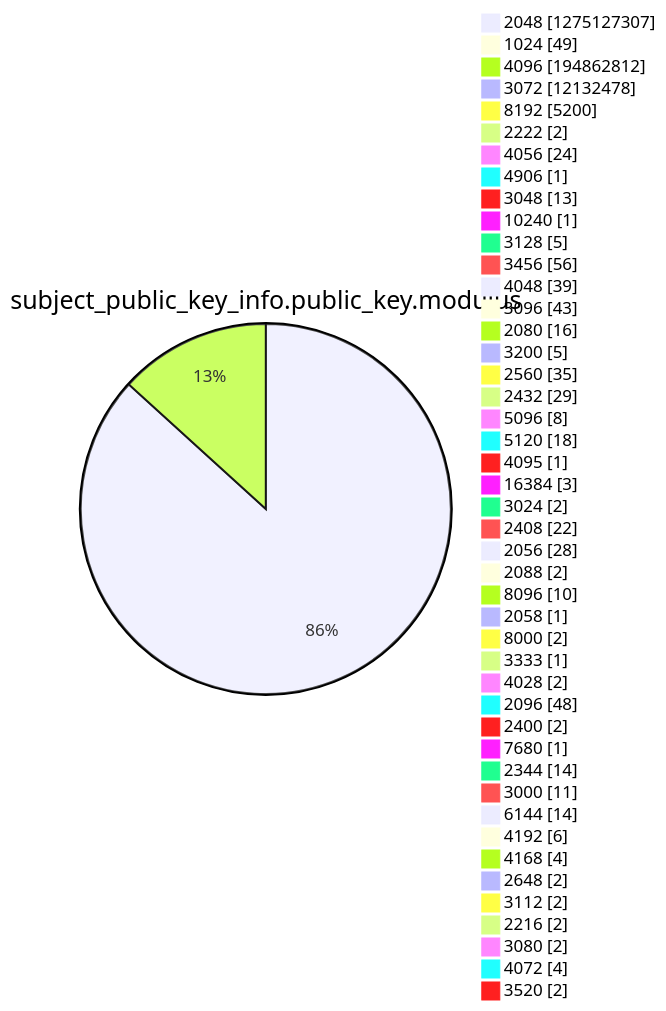
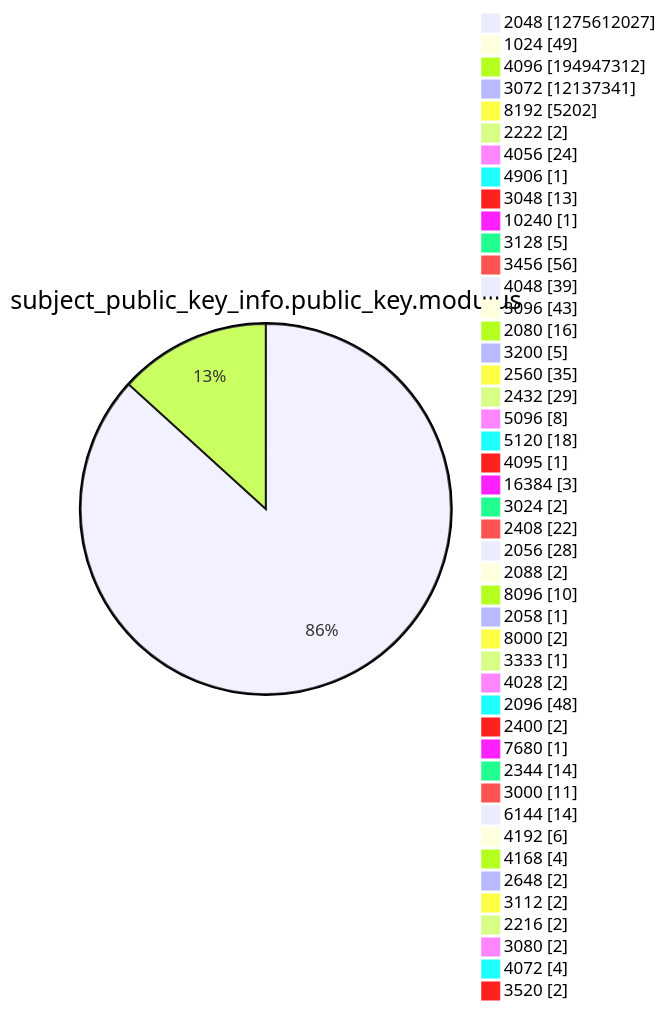
Before and after one commit to christiankrug/ctmonitor_visualization: diagram 13 of 15 in xenon2022/README.md, drawn with Mermaid. The commit also changed other lines of this file, not shown here.

````diff
--- a/xenon2022/README.md
+++ b/xenon2022/README.md
@@ -3920,49 +3920,49 @@
 ```mermaid
 pie showData
 title subject_public_key_info.public_key.modulus
-"2048" :1275127307
+"2048" :1275612027
 "1024" :49
-"4096" :194862812
-"3072" :12132478
-"8192" :5200
+"4096" :194947312
+"3072" :12137341
+"8192" :5202
 "2222" :2
 "4056" :24
 "4906" :1
 "3048" :13
 "10240" :1
 "3128" :5
 "3456" :56
 "4048" :39
 "3096" :43
 "2080" :16
 "3200" :5
 "2560" :35
 "2432" :29
 "5096" :8
 "5120" :18
 "4095" :1
 "16384" :3
 "3024" :2
 "2408" :22
 "2056" :28
 "2088" :2
 "8096" :10
 "2058" :1
 "8000" :2
 "3333" :1
 "4028" :2
 "2096" :48
 "2400" :2
 "7680" :1
 "2344" :14
 "3000" :11
 "6144" :14
 "4192" :6
 "4168" :4
 "2648" :2
 "3112" :2
 "2216" :2
 "3080" :2
 "4072" :4
 "3520" :2
 ```
````
